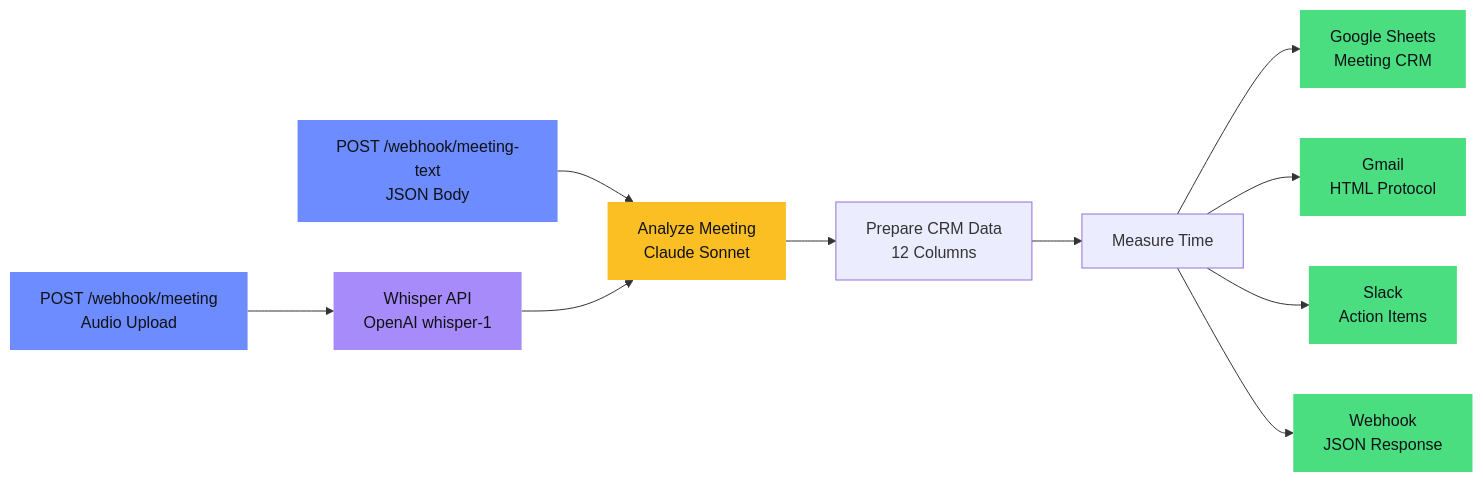
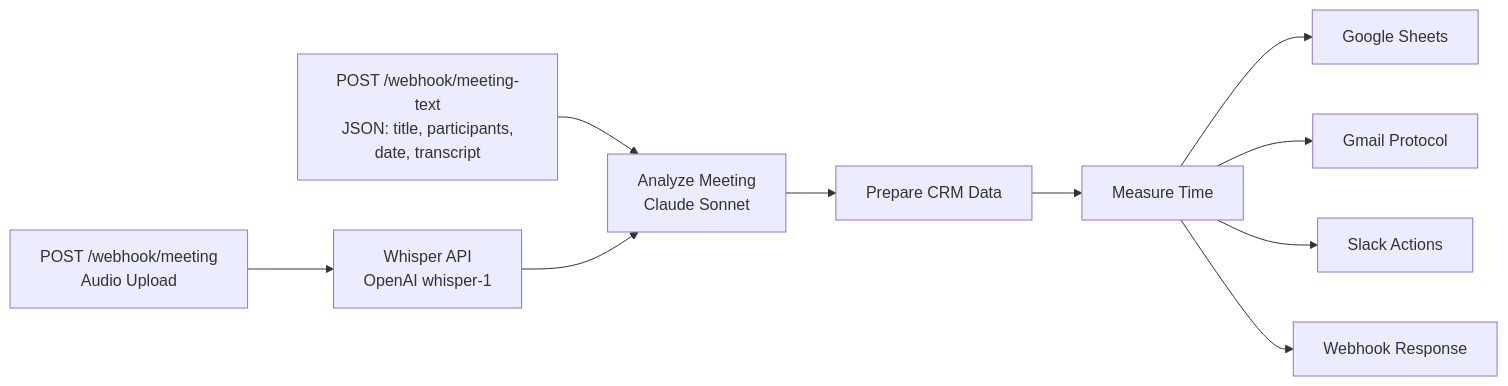
The diagram in README.md (mj-deving/n8n-meeting-intelligence), drawn with Mermaid before and after one commit.

Commit message:
docs: revert mermaid diagram to plain style without color coding

````diff
--- a/README.md
+++ b/README.md
@@ -27,21 +27,12 @@
 ```mermaid
-flowchart LR
-    A["POST /webhook/meeting-text\nJSON Body"] --> D
-    B["POST /webhook/meeting\nAudio Upload"] --> C["Whisper API\nOpenAI whisper-1"]
-    C --> D["Analyze Meeting\nClaude Sonnet"]
-    D --> E["Prepare CRM Data\n12 Columns"]
+graph LR
+    A["POST /webhook/meeting-text<br/>JSON: title, participants,<br/>date, transcript"] --> D
+    B["POST /webhook/meeting<br/>Audio Upload"] --> C["Whisper API<br/>OpenAI whisper-1"]
+    C --> D["Analyze Meeting<br/>Claude Sonnet"]
+    D --> E["Prepare CRM Data"]
     E --> F["Measure Time"]
-    F --> G["Google Sheets\nMeeting CRM"]
-    F --> H["Gmail\nHTML Protocol"]
-    F --> I["Slack\nAction Items"]
-    F --> J["Webhook\nJSON Response"]
-
-    style A fill:#6c8cff,color:#0f1117,stroke:none
-    style B fill:#6c8cff,color:#0f1117,stroke:none
-    style C fill:#a78bfa,color:#0f1117,stroke:none
-    style D fill:#fbbf24,color:#0f1117,stroke:none
-    style G fill:#4ade80,color:#0f1117,stroke:none
-    style H fill:#4ade80,color:#0f1117,stroke:none
-    style I fill:#4ade80,color:#0f1117,stroke:none
-    style J fill:#4ade80,color:#0f1117,stroke:none
+    F --> G["Google Sheets"]
+    F --> H["Gmail Protocol"]
+    F --> I["Slack Actions"]
+    F --> J["Webhook Response"]
 ```
````
